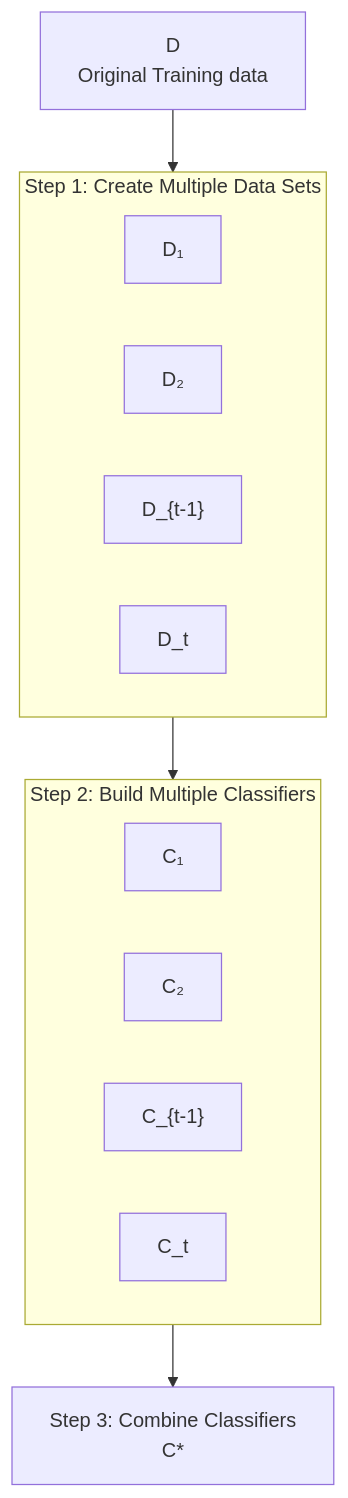
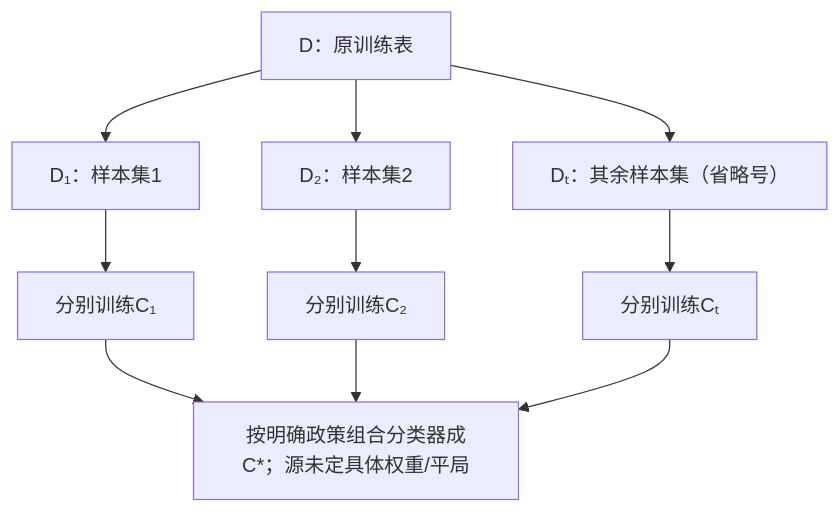
Before and after one commit to CercaTrovato/cityu-ai-course-notes: the tenth of 18 diagrams in IS6400_Business_Data_Analytics/notes/M01-导论-商业数据分析全景与工具链.md, drawn with Mermaid. The commit also changed other lines of this file and 116 other files, not shown here.

````diff
--- a/IS6400_Business_Data_Analytics/notes/M01-导论-商业数据分析全景与工具链.md
+++ b/IS6400_Business_Data_Analytics/notes/M01-导论-商业数据分析全景与工具链.md
@@ -655,12 +1098,12 @@
 ```mermaid
 flowchart TD
-    D["D<br/>Original Training data"] --> S1
-    subgraph S1["Step 1: Create Multiple Data Sets"]
-        D1["D₁"]; D2["D₂"]; Dt1["D_{t-1}"]; Dt["D_t"]
-    end
-    S1 --> S2
-    subgraph S2["Step 2: Build Multiple Classifiers"]
-        C1["C₁"]; C2["C₂"]; Ct1["C_{t-1}"]; Ct["C_t"]
-    end
-    S2 --> S3["Step 3: Combine Classifiers<br/>C*"]
+    D["D：原训练表"] --> D1["D₁：样本集1"]
+    D --> D2["D₂：样本集2"]
+    D --> Dt["Dₜ：其余样本集（省略号）"]
+    D1 --> C1["分别训练C₁"]
+    D2 --> C2["分别训练C₂"]
+    Dt --> Ct["分别训练Cₜ"]
+    C1 --> C["按明确政策组合分类器成C*；源未定具体权重/平局"]
+    C2 --> C
+    Ct --> C
 ```
````
